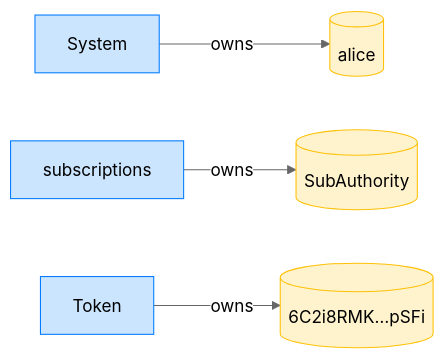
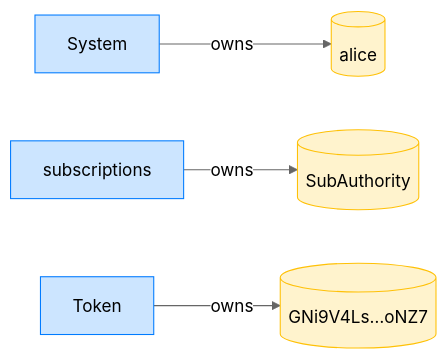
One commit to cds-rs/subscriptions changed the fourth of 12 diagrams in dsl_tests/transfer-subscription--a-merchant-pulls.md. Above: the diagram before and after it, drawn with Mermaid (neutral theme). The commit also changed other lines of this file and 224 other files, not shown here.

````diff
--- a/dsl_tests/transfer-subscription--a-merchant-pulls.md
+++ b/dsl_tests/transfer-subscription--a-merchant-pulls.md
@@ -73,14 +78,14 @@
 ```mermaid
 flowchart LR
     classDef owner fill:#cce5ff,stroke:#007bff;
     classDef account fill:#fff3cd,stroke:#ffc107;
     System[System]:::owner
     alice[(alice)]:::account
     subscriptions[subscriptions]:::owner
     SubAuthority[(SubAuthority)]:::account
     Token[Token]:::owner
-    6C2i8RMK_pSFi[("6C2i8RMK…pSFi")]:::account
+    GNi9V4Ls_oNZ7[("GNi9V4Ls…oNZ7")]:::account
     System -->|owns| alice
     subscriptions -->|owns| SubAuthority
-    Token -->|owns| 6C2i8RMK_pSFi
+    Token -->|owns| GNi9V4Ls_oNZ7
 ```
````
